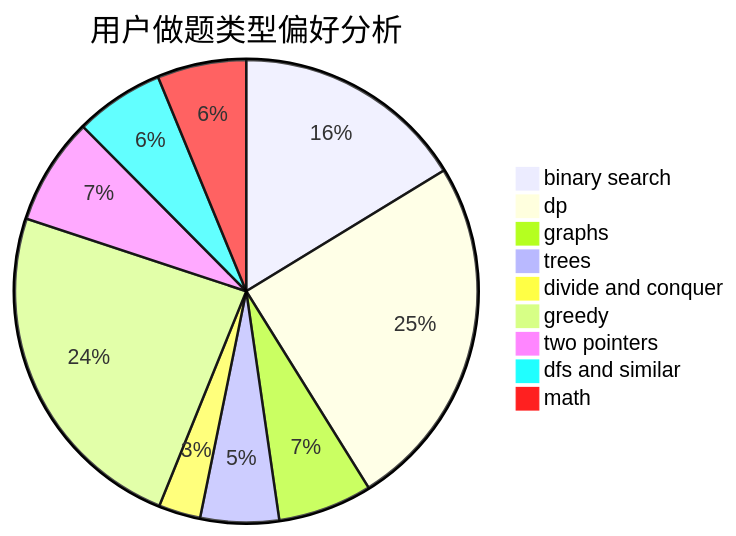
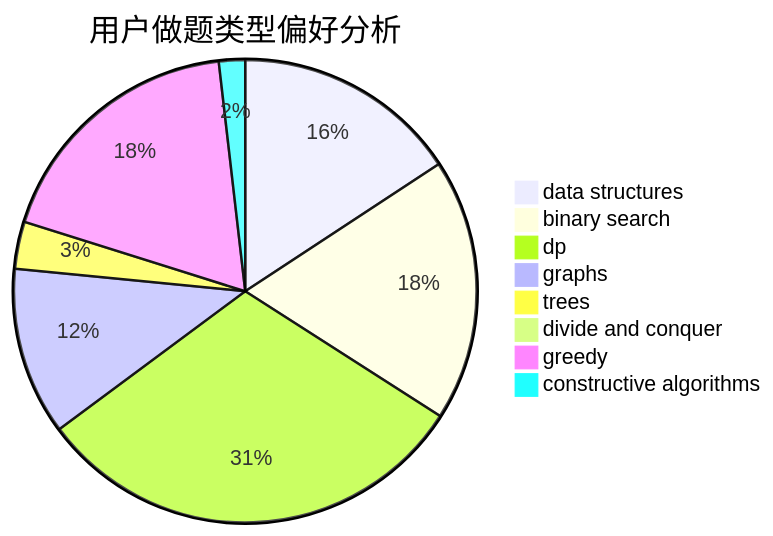
Before and after one commit to sherpahu/cfrs.github.io: the second of 3 diagrams in docs/user/u315.md, drawn with Mermaid. The commit also changed other lines of this file and 2775 other files, not shown here.

````diff
--- a/docs/user/u315.md
+++ b/docs/user/u315.md
@@ -23,12 +23,11 @@
 ```mermaid
 pie title 用户做题类型偏好分析
-    "binary search" :  89
-    "dp" :  136
-    "graphs" :  36
-    "trees" :  30
-    "divide and conquer" :  16
-    "greedy" :  131
-    "two pointers" :  41
-    "dfs and similar" :  34
-    "math" :  34
+    "data structures" :  43
+    "binary search" :  50
+    "dp" :  84
+    "graphs" :  32
+    "trees" :  9
+    "divide and conquer" :  0
+    "greedy" :  50
+    "constructive algorithms" :  5
 ```
````
